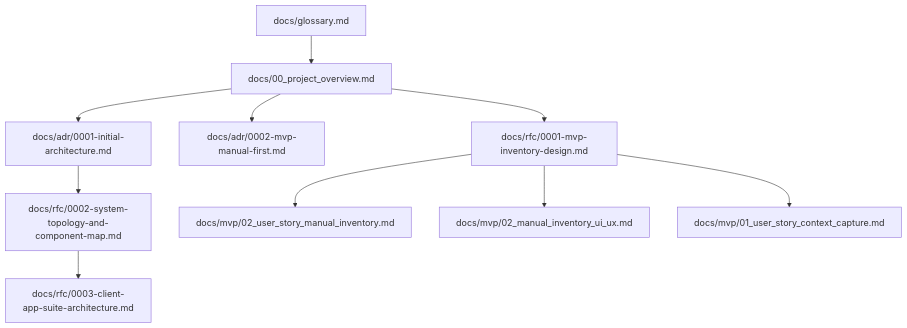
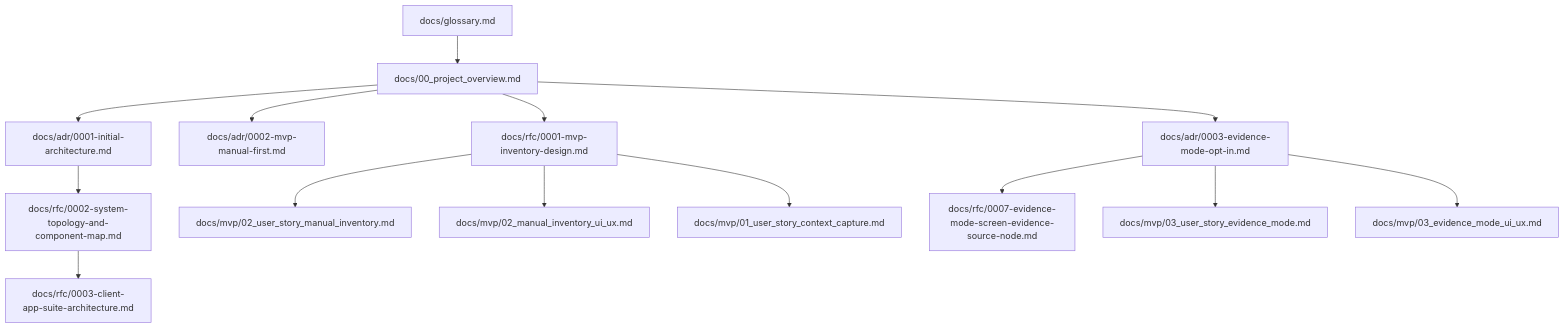
The first of 5 diagrams in .qoder/repowiki/en/content/Project Overview/Project Overview.md (asukhodko/timeskein), drawn with Mermaid before and after one commit. The commit also changed other lines of this file and 6 other files, not shown here.

First line of the commit message:
docs(adr): add ADR-0003 Evidence-Mode Opt-in architecture decision

````diff
--- a/.qoder/repowiki/en/content/Project Overview/Project Overview.md
+++ b/.qoder/repowiki/en/content/Project Overview/Project Overview.md
@@ -67,12 +73,16 @@
 ```mermaid
 graph TB
 A["docs/00_project_overview.md"] --> B["docs/adr/0001-initial-architecture.md"]
 A --> C["docs/adr/0002-mvp-manual-first.md"]
-A --> D["docs/rfc/0001-mvp-inventory-design.md"]
-B --> E["docs/rfc/0002-system-topology-and-component-map.md"]
-E --> F["docs/rfc/0003-client-app-suite-architecture.md"]
-D --> G["docs/mvp/02_user_story_manual_inventory.md"]
-D --> H["docs/mvp/02_manual_inventory_ui_ux.md"]
-D --> I["docs/mvp/01_user_story_context_capture.md"]
-J["docs/glossary.md"] --> A
+A --> D["docs/adr/0003-evidence-mode-opt-in.md"]
+A --> E["docs/rfc/0001-mvp-inventory-design.md"]
+B --> F["docs/rfc/0002-system-topology-and-component-map.md"]
+F --> G["docs/rfc/0003-client-app-suite-architecture.md"]
+E --> H["docs/mvp/02_user_story_manual_inventory.md"]
+E --> I["docs/mvp/02_manual_inventory_ui_ux.md"]
+E --> J["docs/mvp/01_user_story_context_capture.md"]
+D --> K["docs/rfc/0007-evidence-mode-screen-evidence-source-node.md"]
+D --> L["docs/mvp/03_user_story_evidence_mode.md"]
+D --> M["docs/mvp/03_evidence_mode_ui_ux.md"]
+N["docs/glossary.md"] --> A
 ```
````
